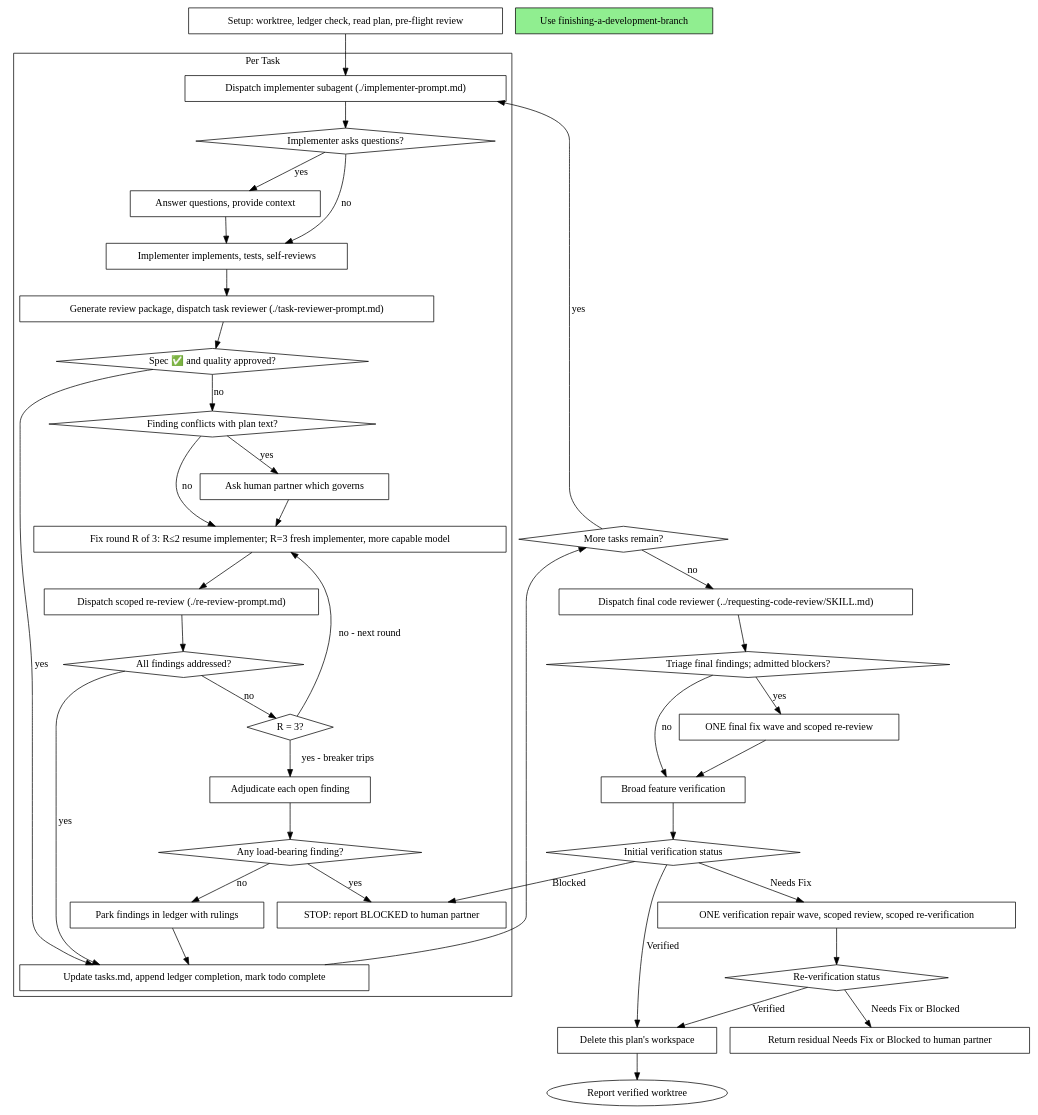
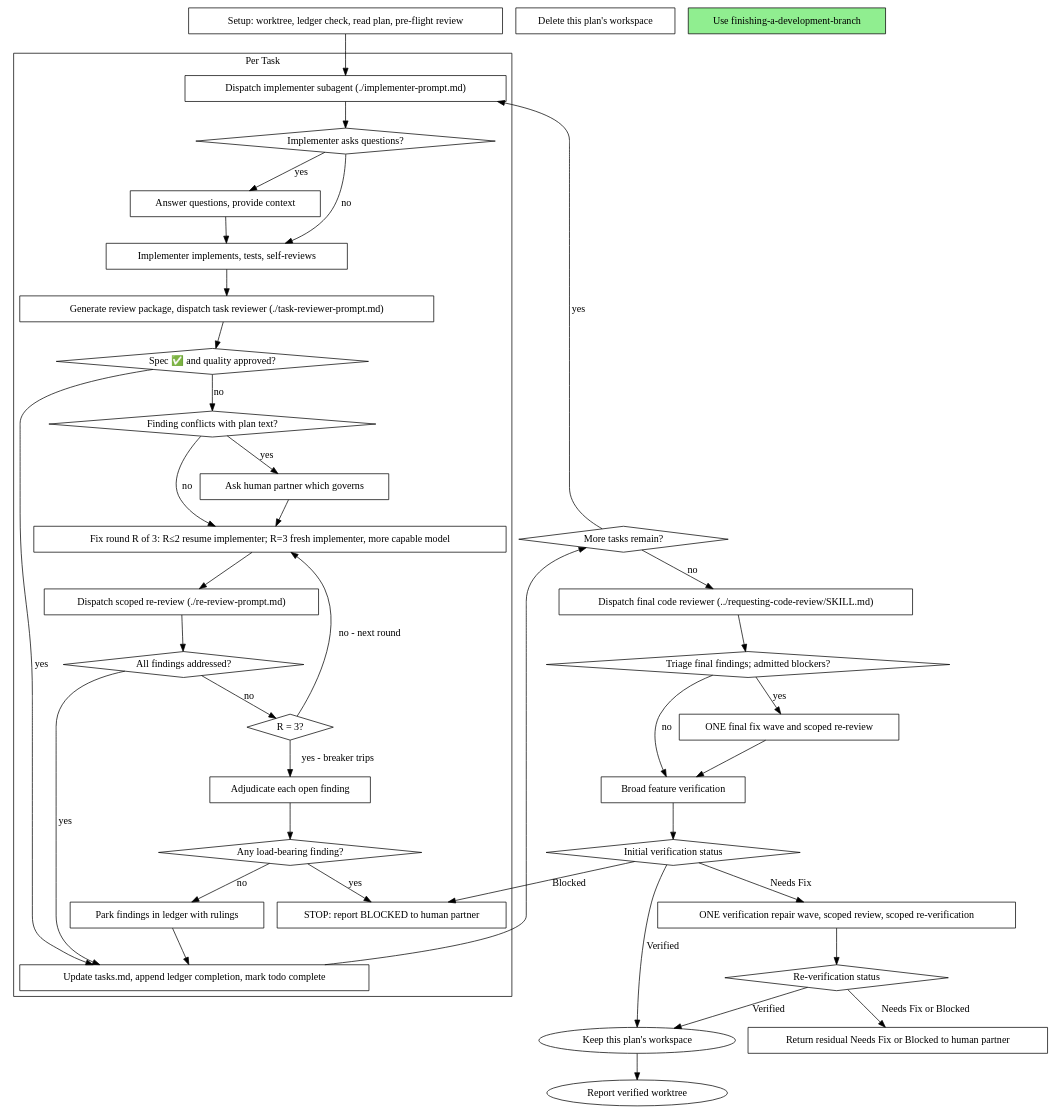
One commit to tuoitho/commerce-app changed the second of 2 diagrams in .agents/skills/subagent-driven-development/SKILL.md. Above: the diagram before and after it, drawn with Graphviz. The commit also changed other lines of this file and 48 other files, not shown here.

````diff
--- a/.agents/skills/subagent-driven-development/SKILL.md
+++ b/.agents/skills/subagent-driven-development/SKILL.md
@@ -127,77 +127,77 @@
 ```dot
 digraph process {
     rankdir=TB;
 
     subgraph cluster_per_task {
         label="Per Task";
         "Dispatch implementer subagent (./implementer-prompt.md)" [shape=box];
         "Implementer asks questions?" [shape=diamond];
         "Answer questions, provide context" [shape=box];
         "Implementer implements, tests, self-reviews" [shape=box];
         "Generate review package, dispatch task reviewer (./task-reviewer-prompt.md)" [shape=box];
         "Spec ✅ and quality approved?" [shape=diamond];
         "Finding conflicts with plan text?" [shape=diamond];
         "Ask human partner which governs" [shape=box];
         "Fix round R of 3: R≤2 resume implementer; R=3 fresh implementer, more capable model" [shape=box];
         "Dispatch scoped re-review (./re-review-prompt.md)" [shape=box];
         "All findings addressed?" [shape=diamond];
         "R = 3?" [shape=diamond];
         "Adjudicate each open finding" [shape=box];
         "Any load-bearing finding?" [shape=diamond];
         "STOP: report BLOCKED to human partner" [shape=box];
         "Park findings in ledger with rulings" [shape=box];
         "Update tasks.md, append ledger completion, mark todo complete" [shape=box];
     }
 
     "Setup: worktree, ledger check, read plan, pre-flight review" [shape=box];
     "More tasks remain?" [shape=diamond];
     "Dispatch final code reviewer (../requesting-code-review/SKILL.md)" [shape=box];
     "Triage final findings; admitted blockers?" [shape=diamond];
     "ONE final fix wave and scoped re-review" [shape=box];
     "Broad feature verification" [shape=box];
     "Initial verification status" [shape=diamond];
     "ONE verification repair wave, scoped review, scoped re-verification" [shape=box];
     "Re-verification status" [shape=diamond];
     "Return residual Needs Fix or Blocked to human partner" [shape=box];
     "Delete this plan's workspace" [shape=box];
     "Use finishing-a-development-branch" [shape=box style=filled fillcolor=lightgreen];
 
     "Setup: worktree, ledger check, read plan, pre-flight review" -> "Dispatch implementer subagent (./implementer-prompt.md)";
     "Dispatch implementer subagent (./implementer-prompt.md)" -> "Implementer asks questions?";
     "Implementer asks questions?" -> "Answer questions, provide context" [label="yes"];
     "Answer questions, provide context" -> "Implementer implements, tests, self-reviews";
     "Implementer asks questions?" -> "Implementer implements, tests, self-reviews" [label="no"];
     "Implementer implements, tests, self-reviews" -> "Generate review package, dispatch task reviewer (./task-reviewer-prompt.md)";
     "Generate review package, dispatch task reviewer (./task-reviewer-prompt.md)" -> "Spec ✅ and quality approved?";
     "Spec ✅ and quality approved?" -> "Update tasks.md, append ledger completion, mark todo complete" [label="yes"];
     "Spec ✅ and quality approved?" -> "Finding conflicts with plan text?" [label="no"];
     "Finding conflicts with plan text?" -> "Ask human partner which governs" [label="yes"];
     "Ask human partner which governs" -> "Fix round R of 3: R≤2 resume implementer; R=3 fresh implementer, more capable model";
     "Finding conflicts with plan text?" -> "Fix round R of 3: R≤2 resume implementer; R=3 fresh implementer, more capable model" [label="no"];
     "Fix round R of 3: R≤2 resume implementer; R=3 fresh implementer, more capable model" -> "Dispatch scoped re-review (./re-review-prompt.md)";
     "Dispatch scoped re-review (./re-review-prompt.md)" -> "All findings addressed?";
     "All findings addressed?" -> "Update tasks.md, append ledger completion, mark todo complete" [label="yes"];
     "All findings addressed?" -> "R = 3?" [label="no"];
     "R = 3?" -> "Fix round R of 3: R≤2 resume implementer; R=3 fresh implementer, more capable model" [label="no - next round"];
     "R = 3?" -> "Adjudicate each open finding" [label="yes - breaker trips"];
     "Adjudicate each open finding" -> "Any load-bearing finding?";
     "Any load-bearing finding?" -> "STOP: report BLOCKED to human partner" [label="yes"];
     "Any load-bearing finding?" -> "Park findings in ledger with rulings" [label="no"];
     "Park findings in ledger with rulings" -> "Update tasks.md, append ledger completion, mark todo complete";
     "Update tasks.md, append ledger completion, mark todo complete" -> "More tasks remain?";
     "More tasks remain?" -> "Dispatch implementer subagent (./implementer-prompt.md)" [label="yes"];
     "More tasks remain?" -> "Dispatch final code reviewer (../requesting-code-review/SKILL.md)" [label="no"];
     "Dispatch final code reviewer (../requesting-code-review/SKILL.md)" -> "Triage final findings; admitted blockers?";
     "Triage final findings; admitted blockers?" -> "ONE final fix wave and scoped re-review" [label="yes"];
     "Triage final findings; admitted blockers?" -> "Broad feature verification" [label="no"];
     "ONE final fix wave and scoped re-review" -> "Broad feature verification";
     "Broad feature verification" -> "Initial verification status";
-    "Initial verification status" -> "Delete this plan's workspace" [label="Verified"];
+    "Initial verification status" -> "Keep this plan's workspace" [label="Verified"];
     "Initial verification status" -> "STOP: report BLOCKED to human partner" [label="Blocked"];
     "Initial verification status" -> "ONE verification repair wave, scoped review, scoped re-verification" [label="Needs Fix"];
     "ONE verification repair wave, scoped review, scoped re-verification" -> "Re-verification status";
-    "Re-verification status" -> "Delete this plan's workspace" [label="Verified"];
+    "Re-verification status" -> "Keep this plan's workspace" [label="Verified"];
     "Re-verification status" -> "Return residual Needs Fix or Blocked to human partner" [label="Needs Fix or Blocked"];
-    "Delete this plan's workspace" -> "Report verified worktree";
+    "Keep this plan's workspace" -> "Report verified worktree";
 }
 ```
````
